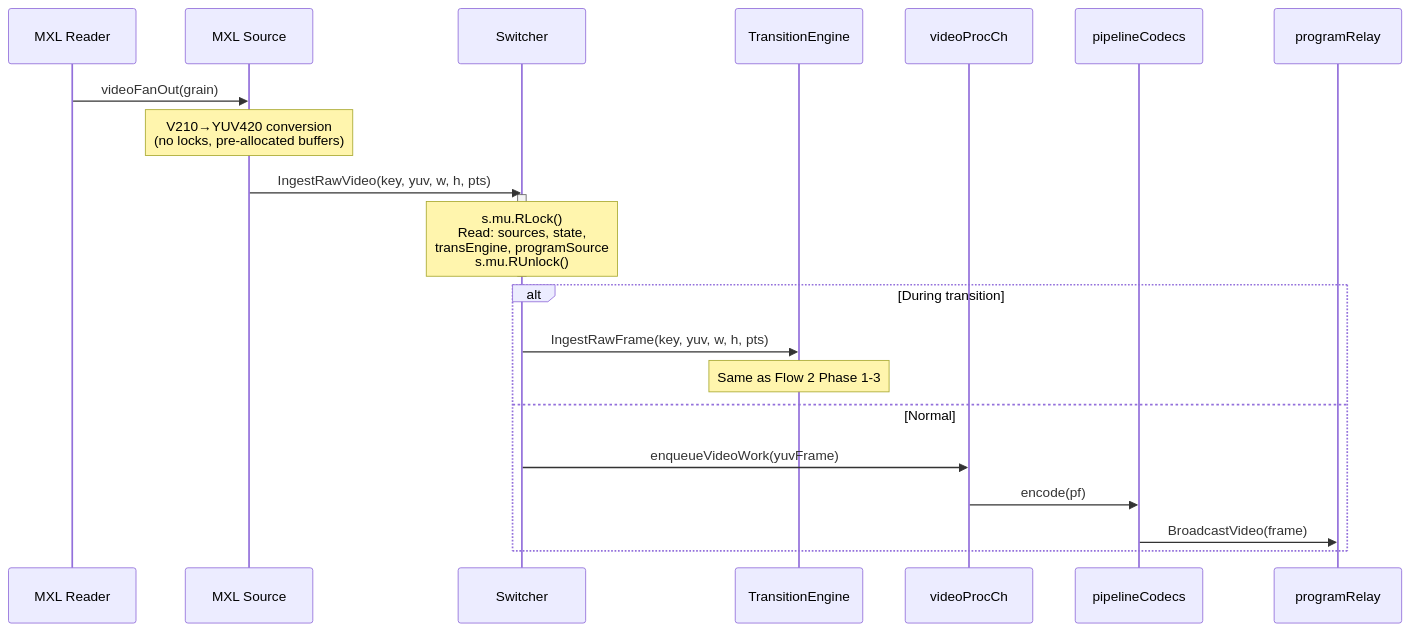
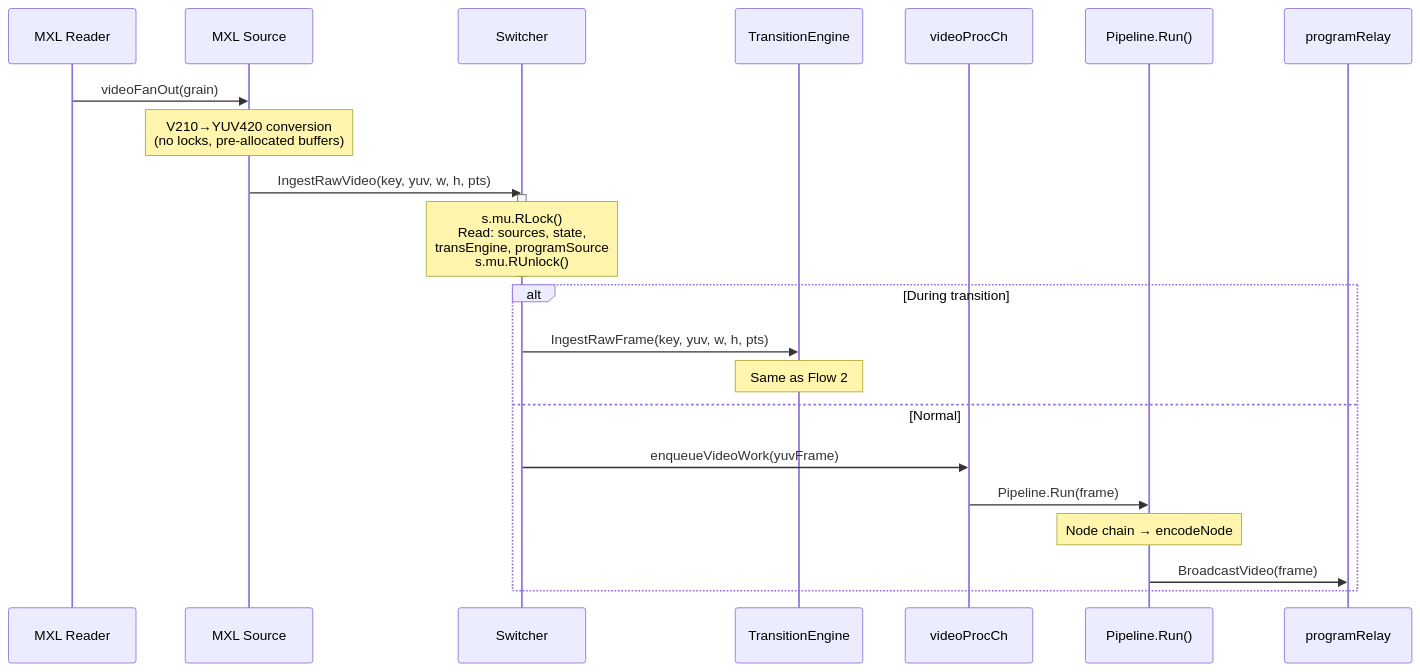
Before and after one commit to zsiec/switchframe: the sixth of 8 diagrams in docs/locking-and-concurrency.md, drawn with Mermaid. The commit also changed other lines of this file and 1 other file, not shown here.

````diff
--- a/docs/locking-and-concurrency.md
+++ b/docs/locking-and-concurrency.md
@@ -294,27 +297,28 @@
 ```mermaid
 sequenceDiagram
     participant MXL as MXL Reader
     participant SRC as MXL Source
     participant SW as Switcher
     participant TE as TransitionEngine
     participant CH as videoProcCh
-    participant PC as pipelineCodecs
+    participant PIPE as Pipeline.Run()
     participant PR as programRelay
 
     MXL->>SRC: videoFanOut(grain)
     Note over SRC: V210→YUV420 conversion<br/>(no locks, pre-allocated buffers)
 
     SRC->>SW: IngestRawVideo(key, yuv, w, h, pts)
     activate SW
     Note over SW: s.mu.RLock()<br/>Read: sources, state,<br/>transEngine, programSource<br/>s.mu.RUnlock()
     deactivate SW
 
     alt During transition
         SW->>TE: IngestRawFrame(key, yuv, w, h, pts)
-        Note over TE: Same as Flow 2 Phase 1-3
+        Note over TE: Same as Flow 2
     else Normal
         SW->>CH: enqueueVideoWork(yuvFrame)
-        CH->>PC: encode(pf)
-        PC->>PR: BroadcastVideo(frame)
+        CH->>PIPE: Pipeline.Run(frame)
+        Note over PIPE: Node chain → encodeNode
+        PIPE->>PR: BroadcastVideo(frame)
     end
 ```
````
